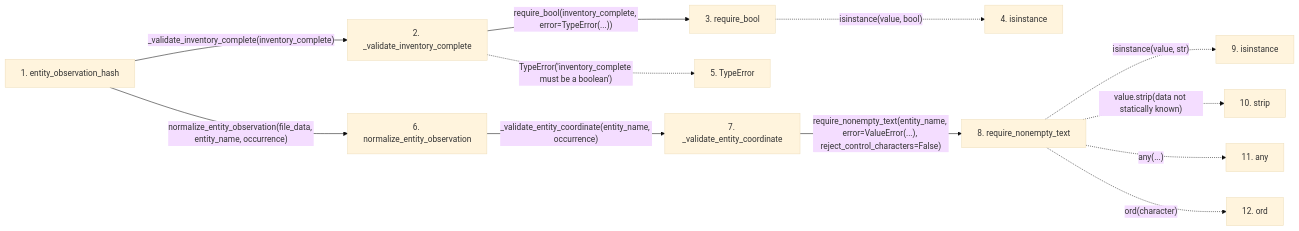
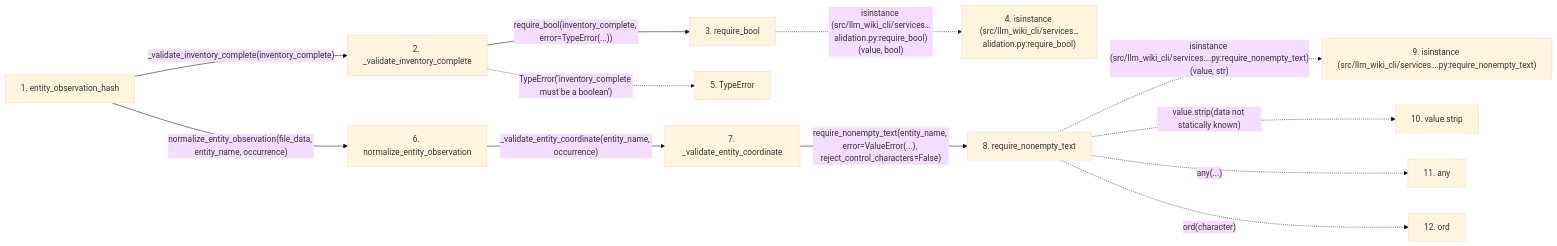
One commit to Denissvgn/python-wiki-llm changed the second of 2 diagrams in docs/llm_wiki/flows/api-entity_observation_hash.md. Above: the diagram before and after it, drawn with Mermaid (base theme). The commit also changed other lines of this file and 719 other files, not shown here.

````diff
--- a/docs/llm_wiki/flows/api-entity_observation_hash.md
+++ b/docs/llm_wiki/flows/api-entity_observation_hash.md
@@ -71,32 +75,32 @@
 ```mermaid
 flowchart LR
     s1["1. entity_observation_hash"]
     s2["2. _validate_inventory_complete"]
     s3["3. require_bool"]
-    s4["4. isinstance"]
+    s4["4. isinstance (src/llm_wiki_cli/services…alidation.py:require_bool)"]
     s5["5. TypeError"]
     s6["6. normalize_entity_observation"]
     s7["7. _validate_entity_coordinate"]
     s8["8. require_nonempty_text"]
-    s9["9. isinstance"]
-    s10["10. strip"]
+    s9["9. isinstance (src/llm_wiki_cli/services….py:require_nonempty_text)"]
+    s10["10. value.strip"]
     s11["11. any"]
     s12["12. ord"]
     s1 -->|"_validate_inventory_complete(inventory_complete)"| s2
     s2 -->|"require_bool(inventory_complete, error=TypeError(...))"| s3
-    s3 -. "isinstance(value, bool)" .-> s4
+    s3 -. "isinstance (src/llm_wiki_cli/services…alidation.py:require_bool)(value, bool)" .-> s4
     s2 -. "TypeError('inventory_complete must be a boolean')" .-> s5
     s1 -->|"normalize_entity_observation(file_data, entity_name, occurrence)"| s6
     s6 -->|"_validate_entity_coordinate(entity_name, occurrence)"| s7
     s7 -->|"require_nonempty_text(entity_name, error=ValueError(...), reject_control_characters=False)"| s8
-    s8 -. "isinstance(value, str)" .-> s9
+    s8 -. "isinstance (src/llm_wiki_cli/services….py:require_nonempty_text)(value, str)" .-> s9
     s8 -. "value.strip(data not statically known)" .-> s10
     s8 -. "any(...)" .-> s11
     s8 -. "ord(character)" .-> s12
     click s1 "../modules/knowledge_evidence.md"
     click s2 "../modules/knowledge_evidence.md"
     click s3 "../modules/validation.md"
     click s6 "../modules/knowledge_evidence.md"
     click s7 "../modules/knowledge_evidence.md"
     click s8 "../modules/validation.md"
 ```
````
